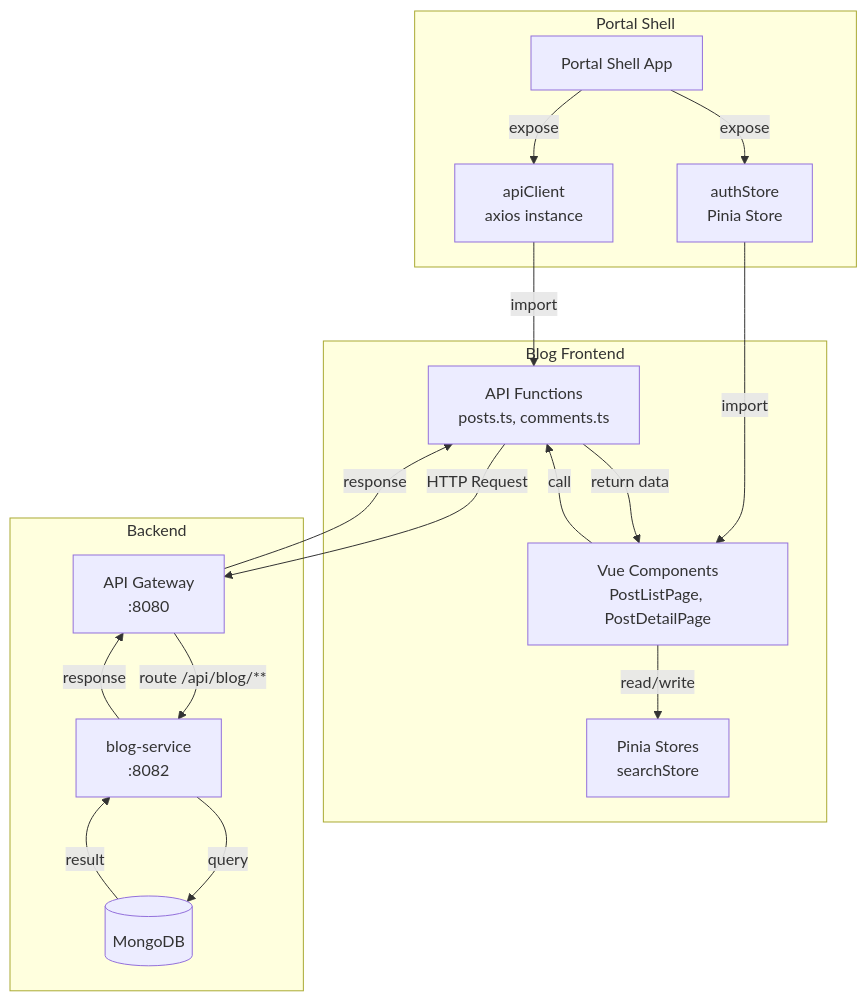
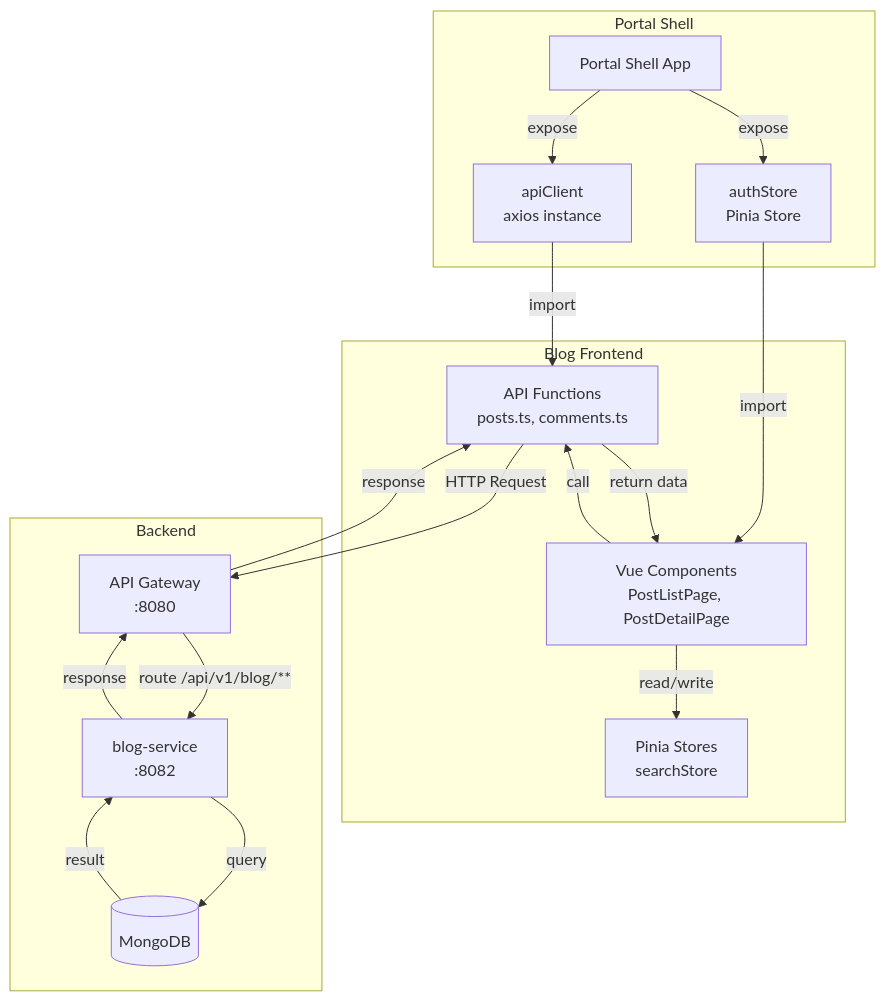
The first of 10 diagrams in frontend/blog-frontend/docs/architecture/data-flow.md (L-a-z-e/portal-universe), drawn with Mermaid before and after one commit. The commit also changed other lines of this file and 15 other files, not shown here.

````diff
--- a/frontend/blog-frontend/docs/architecture/data-flow.md
+++ b/frontend/blog-frontend/docs/architecture/data-flow.md
@@ -30,34 +30,34 @@
 ```mermaid
 graph TB
     subgraph "Portal Shell"
         PS[Portal Shell App]
         AC[apiClient<br/>axios instance]
         AS[authStore<br/>Pinia Store]
     end
 
     subgraph "Blog Frontend"
         BC[Vue Components<br/>PostListPage, PostDetailPage]
         API[API Functions<br/>posts.ts, comments.ts]
         SS[Pinia Stores<br/>searchStore]
     end
 
     subgraph "Backend"
         GW[API Gateway<br/>:8080]
         BS[blog-service<br/>:8082]
         DB[(MongoDB)]
     end
 
     PS -->|expose| AC
     PS -->|expose| AS
     AC -->|import| API
     AS -->|import| BC
     BC -->|call| API
     BC -->|read/write| SS
     API -->|HTTP Request| GW
-    GW -->|route /api/blog/**| BS
+    GW -->|route /api/v1/blog/**| BS
     BS -->|query| DB
     DB -->|result| BS
     BS -->|response| GW
     GW -->|response| API
     API -->|return data| BC
 ```
````
